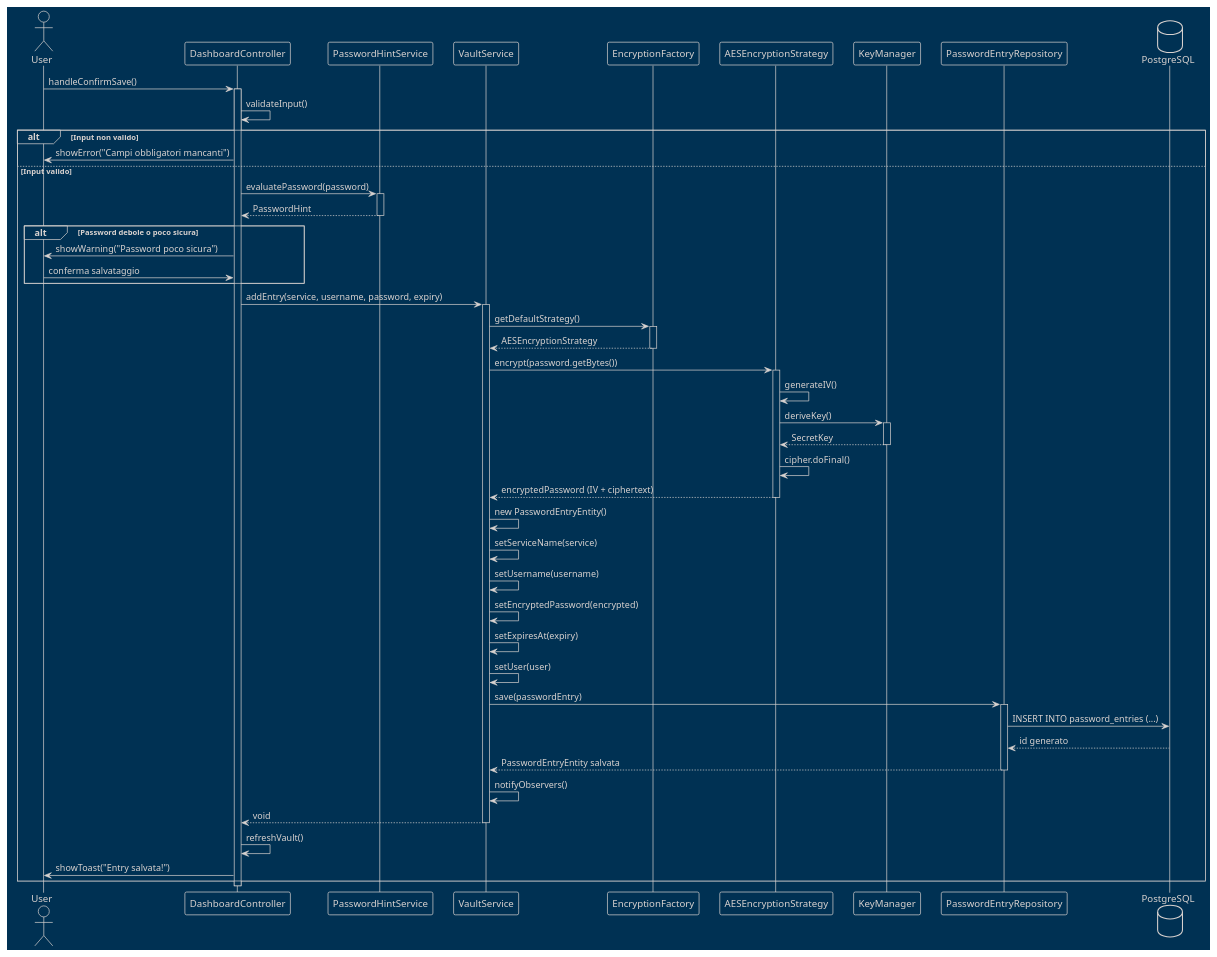
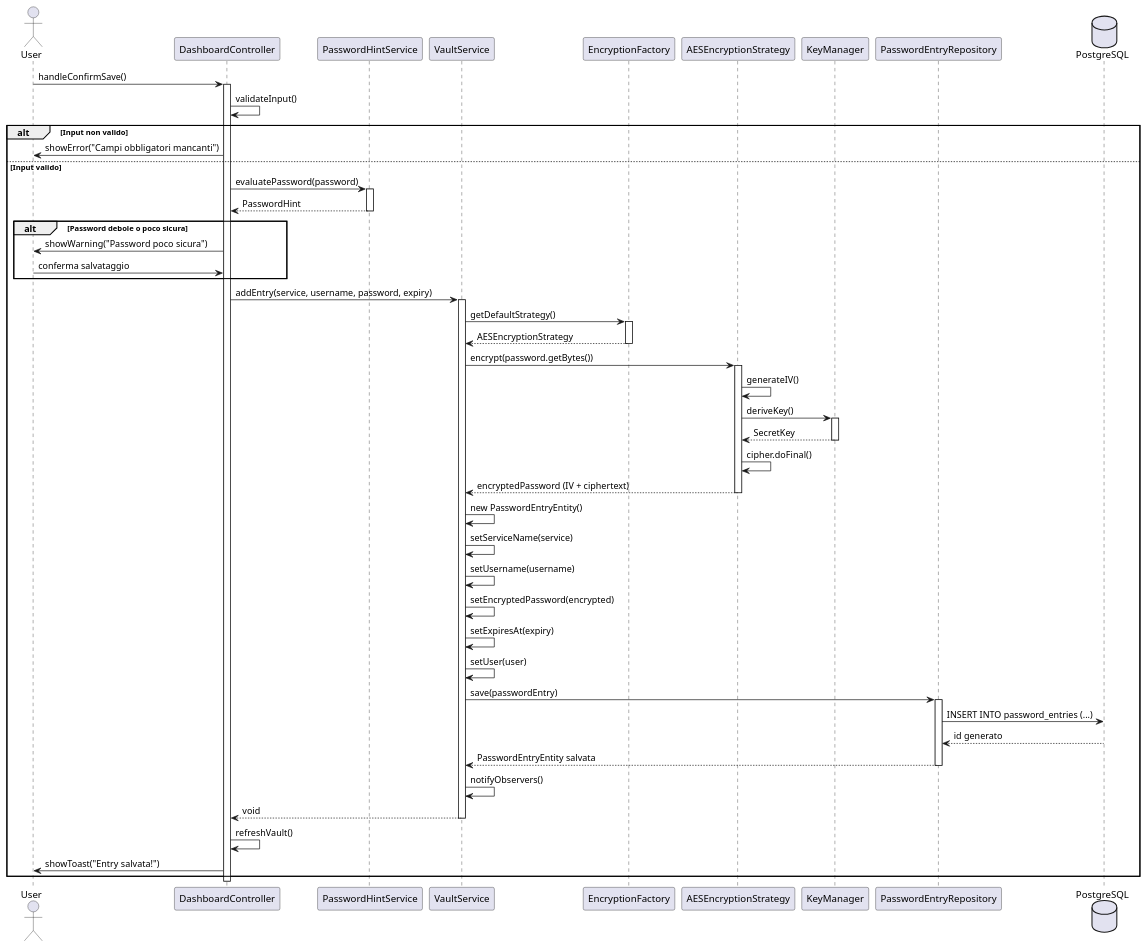
One commit to DaniaCiampalini/SafeCoreProject changed the diagram in docs/uml/sequence-save-entry.puml. Above: the diagram before and after it, drawn with PlantUML. The commit also changed 10 other files, not shown here.

Commit message:
Refactor UML diagrams for improved clarity and consistency; add new page navigation and password entry lifecycle diagrams.

```diff
--- a/docs/uml/sequence-save-entry.puml
+++ b/docs/uml/sequence-save-entry.puml
@@ -1,74 +1,74 @@
 @startuml SafeCore_SaveEntry_Sequence
-!theme blueprint
+skinparam backgroundColor white
 
 actor User
 participant DashboardController
 participant PasswordHintService
 participant VaultService
 participant EncryptionFactory
 participant AESEncryptionStrategy
 participant KeyManager
 participant PasswordEntryRepository
 database PostgreSQL
 
 User -> DashboardController: handleConfirmSave()
 activate DashboardController
 
 DashboardController -> DashboardController: validateInput()
 alt Input non valido
     DashboardController -> User: showError("Campi obbligatori mancanti")
 else Input valido
     DashboardController -> PasswordHintService: evaluatePassword(password)
     activate PasswordHintService
     PasswordHintService --> DashboardController: PasswordHint
     deactivate PasswordHintService
 
     alt Password debole o poco sicura
         DashboardController -> User: showWarning("Password poco sicura")
         User -> DashboardController: conferma salvataggio
     end
 
     DashboardController -> VaultService: addEntry(service, username, password, expiry)
     activate VaultService
 
     VaultService -> EncryptionFactory: getDefaultStrategy()
     activate EncryptionFactory
     EncryptionFactory --> VaultService: AESEncryptionStrategy
     deactivate EncryptionFactory
 
     VaultService -> AESEncryptionStrategy: encrypt(password.getBytes())
     activate AESEncryptionStrategy
     AESEncryptionStrategy -> AESEncryptionStrategy: generateIV()
     AESEncryptionStrategy -> KeyManager: deriveKey()
     activate KeyManager
     KeyManager --> AESEncryptionStrategy: SecretKey
     deactivate KeyManager
     AESEncryptionStrategy -> AESEncryptionStrategy: cipher.doFinal()
     AESEncryptionStrategy --> VaultService: encryptedPassword (IV + ciphertext)
     deactivate AESEncryptionStrategy
 
     VaultService -> VaultService: new PasswordEntryEntity()
     VaultService -> VaultService: setServiceName(service)
     VaultService -> VaultService: setUsername(username)
     VaultService -> VaultService: setEncryptedPassword(encrypted)
     VaultService -> VaultService: setExpiresAt(expiry)
     VaultService -> VaultService: setUser(user)
 
     VaultService -> PasswordEntryRepository: save(passwordEntry)
     activate PasswordEntryRepository
     PasswordEntryRepository -> PostgreSQL: INSERT INTO password_entries (...)
     PostgreSQL --> PasswordEntryRepository: id generato
     PasswordEntryRepository --> VaultService: PasswordEntryEntity salvata
     deactivate PasswordEntryRepository
 
     VaultService -> VaultService: notifyObservers()
     VaultService --> DashboardController: void
     deactivate VaultService
 
     DashboardController -> DashboardController: refreshVault()
     DashboardController -> User: showToast("Entry salvata!")
 end
 
 deactivate DashboardController
 
 @enduml
```
